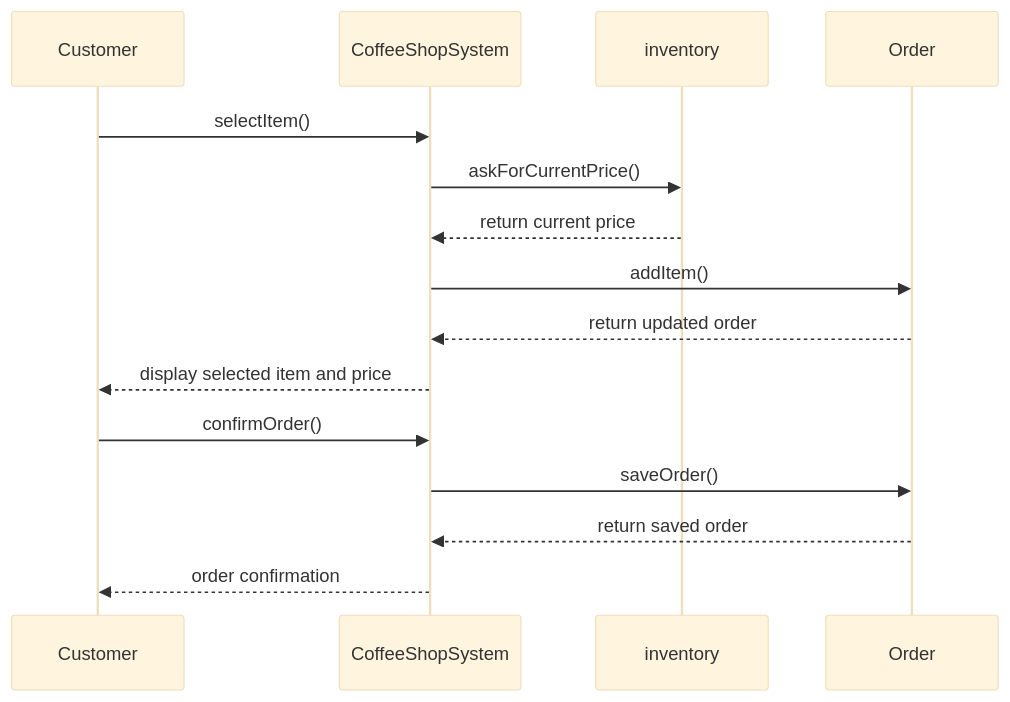
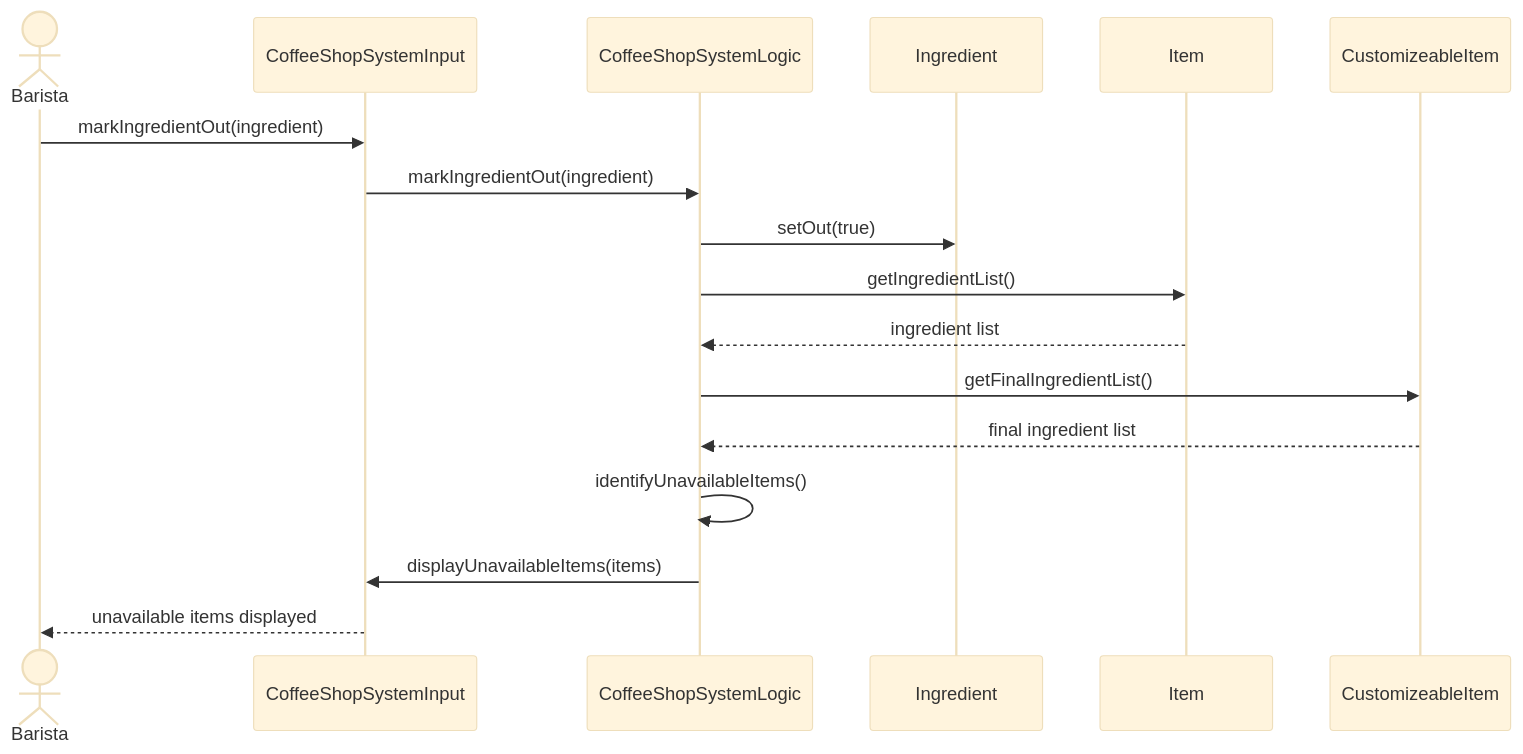
The first of 2 diagrams in week-07/Individual_sketch1.md (Anthony-Vang11/ICS372-AnthonyVang), drawn with Mermaid (base theme) before and after one commit. The commit also changed other lines of this file, not shown here.

Commit message:
Refactor sequence diagram participant names

````diff
--- a/week-07/Individual_sketch1.md
+++ b/week-07/Individual_sketch1.md
@@ -16,19 +46,20 @@
 ```mermaid
 sequenceDiagram
-    participant Customer
-    participant CoffeeShopSystem
-    participant inventory
-    participant Order
+    actor Barista
+    participant CoffeeShopSystemInput
+    participant CoffeeShopSystemLogic
+    participant Ingredient
+    participant Item
+    participant CustomizeableItem
 
-    Customer->>CoffeeShopSystem: selectItem()
-    CoffeeShopSystem->>inventory: askForCurrentPrice()
-    inventory-->>CoffeeShopSystem: return current price
-    CoffeeShopSystem->>Order: addItem()
-    Order-->>CoffeeShopSystem: return updated order
-    CoffeeShopSystem-->>Customer: display selected item and price
-
-    Customer->>CoffeeShopSystem: confirmOrder()
-    CoffeeShopSystem->>Order: saveOrder()
-    Order-->>CoffeeShopSystem: return saved order
-    CoffeeShopSystem-->>Customer: order confirmation
+    Barista ->> CoffeeShopSystemInput: markIngredientOut(ingredient)
+    CoffeeShopSystemInput ->> CoffeeShopSystemLogic: markIngredientOut(ingredient)
+    CoffeeShopSystemLogic ->> Ingredient: setOut(true)
+    CoffeeShopSystemLogic ->> Item: getIngredientList()
+    Item -->> CoffeeShopSystemLogic: ingredient list
+    CoffeeShopSystemLogic ->> CustomizeableItem: getFinalIngredientList()
+    CustomizeableItem -->> CoffeeShopSystemLogic: final ingredient list
+    CoffeeShopSystemLogic ->> CoffeeShopSystemLogic: identifyUnavailableItems()
+    CoffeeShopSystemLogic ->> CoffeeShopSystemInput: displayUnavailableItems(items)
+    CoffeeShopSystemInput -->> Barista: unavailable items displayed
 ```
````
